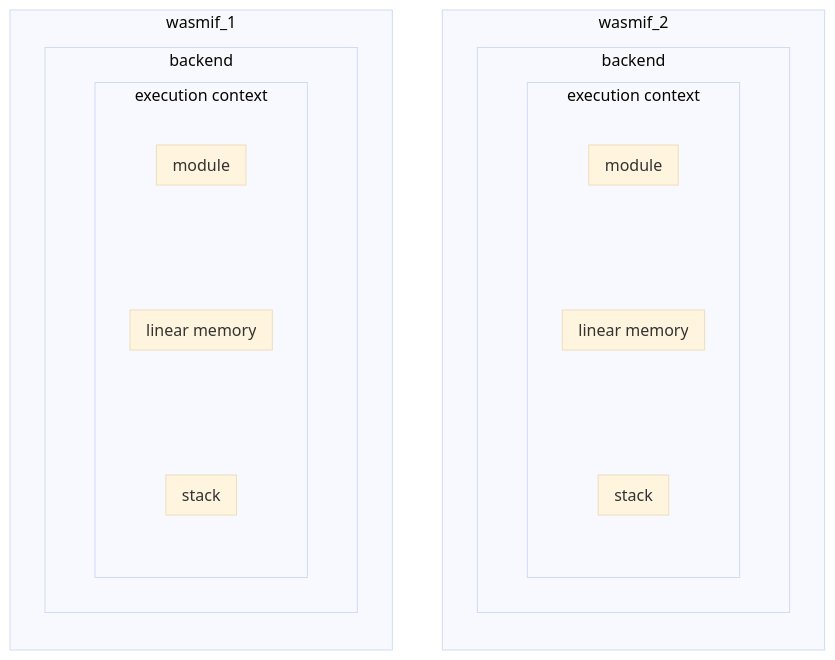
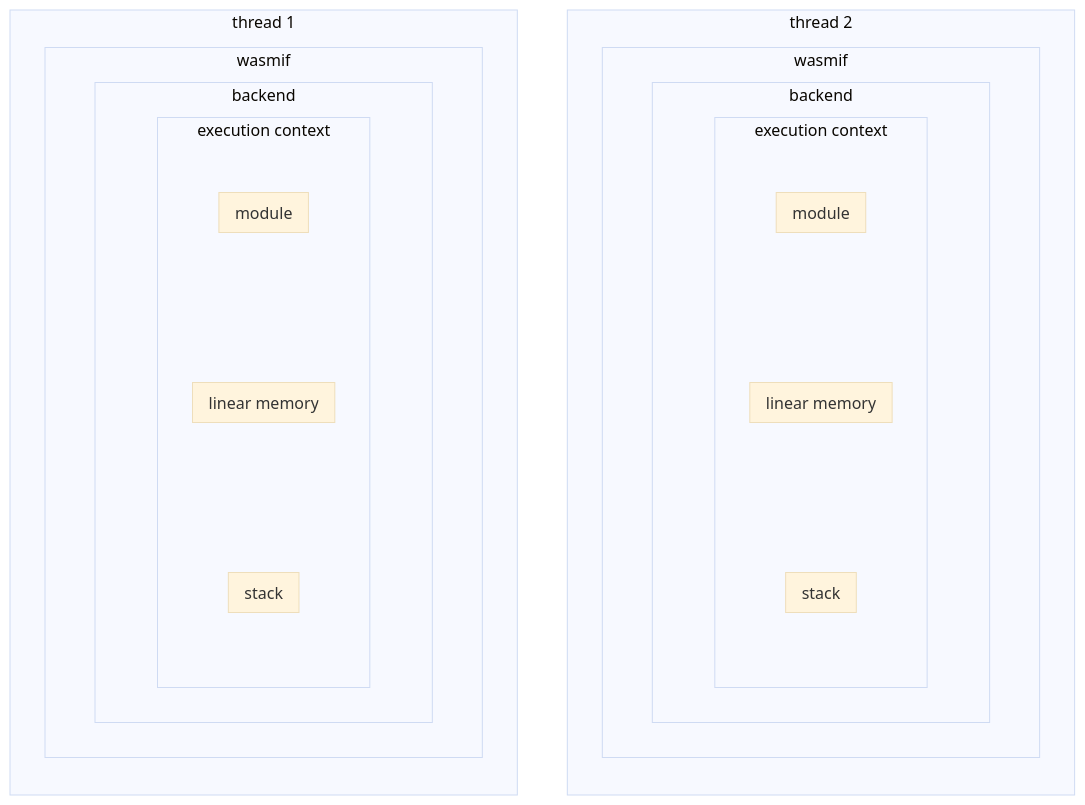
Before and after one commit to eosnetworkfoundation/product: the ninth of 12 diagrams in transactions/read-only/memory.md, drawn with Mermaid (base theme). The commit also changed other lines of this file, not shown here.

````diff
--- a/transactions/read-only/memory.md
+++ b/transactions/read-only/memory.md
@@ -162,38 +194,41 @@
 ```mermaid
 flowchart LR
-   subgraph wasmif_1
+  subgraph thread1[thread 1]
+   subgraph wasm1[wasmif]
       subgraph backend_1[backend]
          subgraph execution_ctx_1[execution context]
             direction TB
             subgraph module1[module]
             end
             subgraph LM1[linear memory]
             end
             subgraph Stack1[stack]
             end
             module1 ~~~ LM1
             LM1 ~~~ Stack1
          end
       end
    end
-
-   subgraph wasmif_2
+ end
+ subgraph thread2[thread 2]
+   subgraph wasmif2[wasmif]
       subgraph backend_2[backend]
          subgraph execution_ctx_2[execution context]
             direction TB
             subgraph module2[module]
             end
             subgraph LM2[linear memory]
             end
             subgraph Stack2[stack]
             end
             module2 ~~~ LM2
             LM2 ~~~ Stack2
 
          end
       end
    end
+ end
    
-   wasmif_1 ~~~ wasmif_2
+ thread1 ~~~ thread2
 
 ```
````
